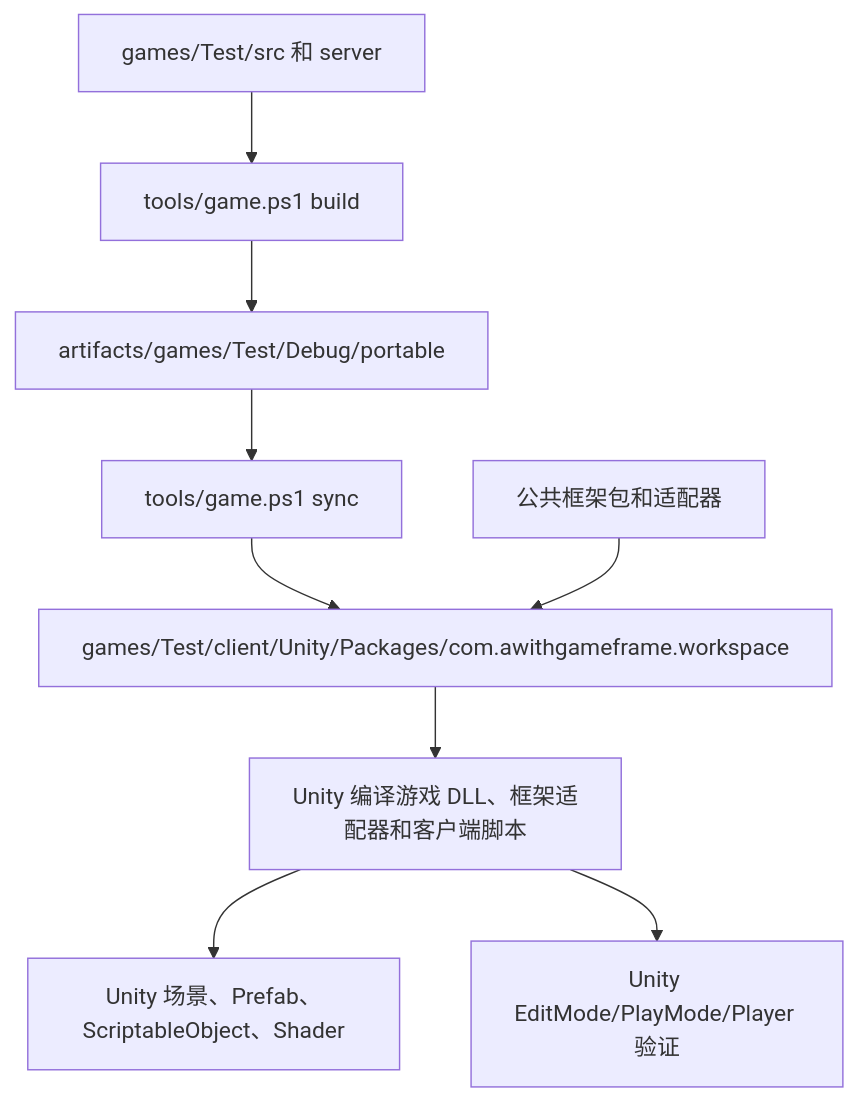
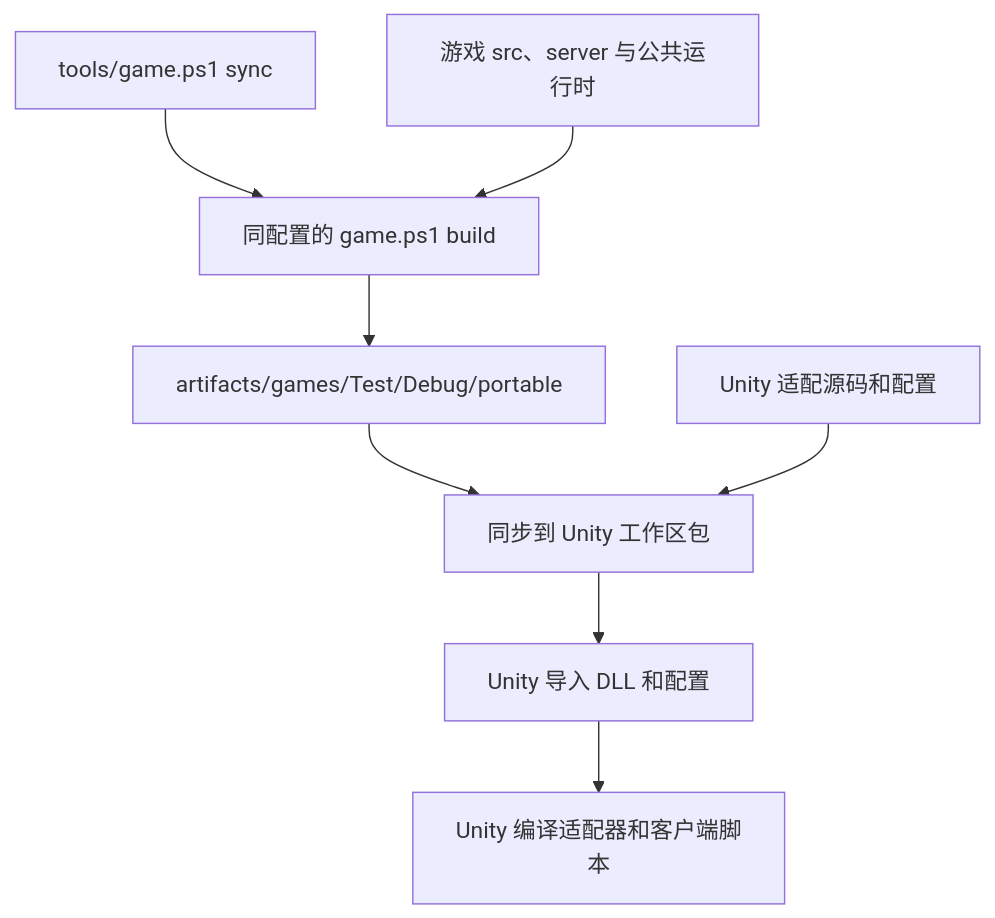
One commit to qian488/AwithGameFramework changed the sixth of 12 diagrams in docs/architecture/current-system.md. Above: the diagram before and after it, drawn with Mermaid. The commit also changed other lines of this file and 28 other files, not shown here.

````diff
--- a/docs/architecture/current-system.md
+++ b/docs/architecture/current-system.md
@@ -231,11 +235,10 @@
 ```mermaid
 flowchart TD
-    GameSource[games/Test/src 和 server] --> GameBuild[tools/game.ps1 build]
+    Sync[tools/game.ps1 sync] --> GameBuild[同配置的 game.ps1 build]
+    GameSource[游戏 src、server 与公共运行时] --> GameBuild
     GameBuild --> Portable[artifacts/games/Test/Debug/portable]
-    Portable --> Sync[tools/game.ps1 sync]
-    Sync --> Workspace[games/Test/client/Unity/Packages/com.awithgameframe.workspace]
-    FrameworkPackages[公共框架包和适配器] --> Workspace
-    Workspace --> UnityCompile[Unity 编译游戏 DLL、框架适配器和客户端脚本]
-    UnityCompile --> Scene[Unity 场景、Prefab、ScriptableObject、Shader]
-    UnityCompile --> Verification[Unity EditMode/PlayMode/Player 验证]
+    Portable --> Workspace[同步到 Unity 工作区包]
+    FrameworkPackages[Unity 适配源码和配置] --> Workspace
+    Workspace --> UnityImport[Unity 导入 DLL 和配置]
+    UnityImport --> UnityCompile[Unity 编译适配器和客户端脚本]
 ```
````
